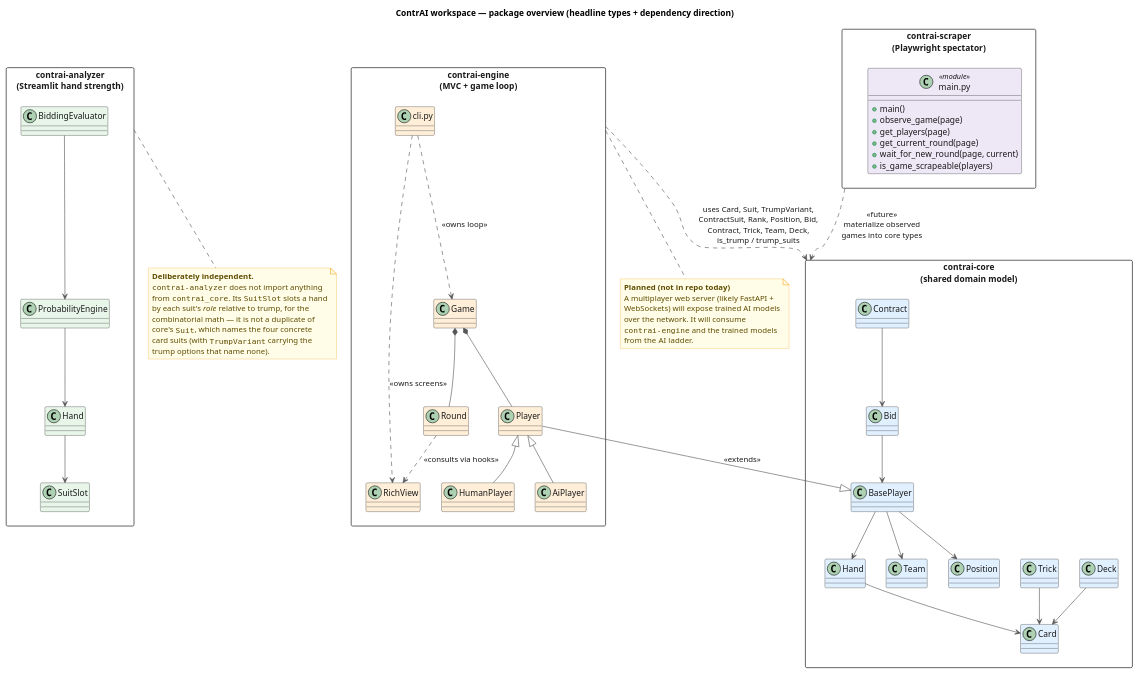
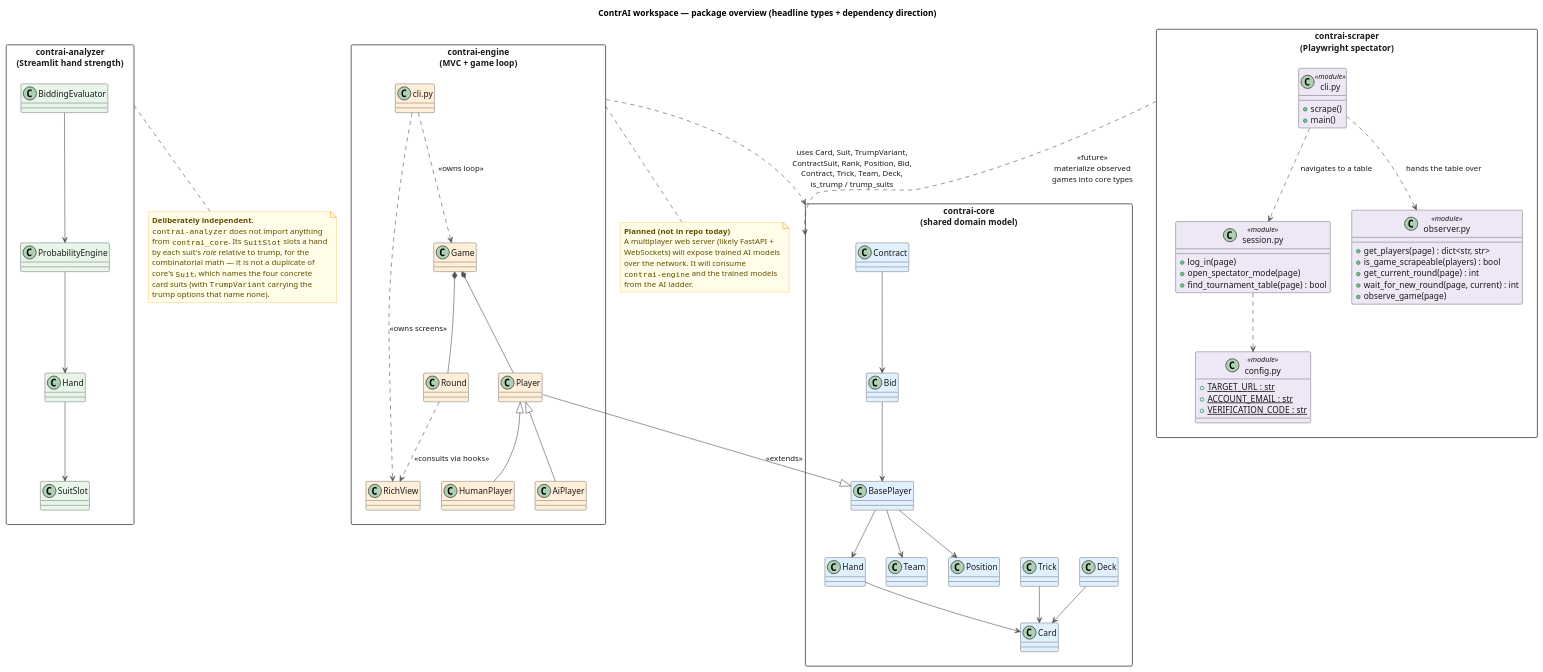
The diagram in docs/diagrams/class_workspace.puml (valmathieu/ContrAI), drawn with PlantUML before and after one commit. The commit also changed 14 other files, not shown here.

```diff
--- a/docs/diagrams/class_workspace.puml
+++ b/docs/diagrams/class_workspace.puml
@@ -1,131 +1,148 @@
 @startuml class_workspace
 title ContrAI workspace — package overview (headline types + dependency direction)
 
 ' --- All four palettes appear at once; styling is set per-class. ---
 skinparam shadowing false
 skinparam class {
     FontColor #1A1A1A
     AttributeFontColor #1A1A1A
     StereotypeFontColor #1A1A1A
 }
 skinparam packageStyle rectangle
 skinparam packageFontColor #1A1A1A
 skinparam packageBorderColor #555555
 skinparam note {
     BackgroundColor #FFFDE7
     BorderColor #F9A825
     FontColor #5F4B00
 }
 skinparam ArrowColor #555555
 skinparam ArrowFontColor #1A1A1A
 
 ' =========================================================
 ' contrai-core — blue
 ' =========================================================
 package "contrai-core\n(shared domain model)" as P_core {
     class "Card"       as C_card     #E1F0FF
     class "Hand"       as C_hand     #E1F0FF
     class "Deck"       as C_deck     #E1F0FF
     class "Trick"      as C_trick    #E1F0FF
     class "Bid"        as C_bid      #E1F0FF
     class "Contract"   as C_contract #E1F0FF
     class "BasePlayer" as C_player   #E1F0FF
     class "Team"       as C_team     #E1F0FF
     class "Position"   as C_position #E1F0FF
 
     C_hand --> C_card
     C_deck --> C_card
     C_player --> C_hand
     C_player --> C_team
     C_player --> C_position
     C_trick --> C_card
     C_contract --> C_bid
     C_bid --> C_player
 }
 
 ' =========================================================
 ' contrai-engine — orange
 ' =========================================================
 package "contrai-engine\n(MVC + game loop)" as P_engine {
     class "Player"      as E_player   #FFEFD9
     class "HumanPlayer" as E_human    #FFEFD9
     class "AiPlayer"    as E_ai       #FFEFD9
     class "Game"        as E_game     #FFEFD9
     class "Round"       as E_round    #FFEFD9
 
     class "RichView"       as E_view  #FFEFD9
     class "cli.py"         as E_cli   #FFEFD9
 
     E_player <|-- E_human
     E_player <|-- E_ai
     E_game *-- E_round
     E_game *-- E_player
     E_round ..> E_view : <<consults via hooks>>
     E_cli ..> E_game : <<owns loop>>
     E_cli ..> E_view : <<owns screens>>
 }
 
 ' =========================================================
 ' contrai-analyzer — green
 ' =========================================================
 package "contrai-analyzer\n(Streamlit hand strength)" as P_analyzer {
     class "SuitSlot"          as A_slot    #E8F5E9
     class "Hand"              as A_hand    #E8F5E9
     class "ProbabilityEngine" as A_engine  #E8F5E9
     class "BiddingEvaluator"  as A_bidding #E8F5E9
 
     A_engine --> A_hand
     A_bidding --> A_engine
     A_hand --> A_slot
 }
 
 ' =========================================================
 ' contrai-scraper — purple
 ' =========================================================
 package "contrai-scraper\n(Playwright spectator)" as P_scraper {
-    class "main.py" as S_main <<module>> #EDE7F6 {
+    class "cli.py" as S_cli <<module>> #EDE7F6 {
+        + scrape()
         + main()
+    }
+    class "session.py" as S_session <<module>> #EDE7F6 {
+        + log_in(page)
+        + open_spectator_mode(page)
+        + find_tournament_table(page) : bool
+    }
+    class "observer.py" as S_observer <<module>> #EDE7F6 {
+        + get_players(page) : dict<str, str>
+        + is_game_scrapeable(players) : bool
+        + get_current_round(page) : int
+        + wait_for_new_round(page, current) : int
         + observe_game(page)
-        + get_players(page)
-        + get_current_round(page)
-        + wait_for_new_round(page, current)
-        + is_game_scrapeable(players)
     }
+    class "config.py" as S_config <<module>> #EDE7F6 {
+        + {static} TARGET_URL : str
+        + {static} ACCOUNT_EMAIL : str
+        + {static} VERIFICATION_CODE : str
+    }
+
+    S_cli ..> S_session : navigates to a table
+    S_cli ..> S_observer : hands the table over
+    S_session ..> S_config
 }
 
 ' =========================================================
 ' Cross-package dependencies
 ' =========================================================
 
 ' Engine extends + uses core
 E_player --|> C_player : <<extends>>
 P_engine ..> P_core : uses Card, Suit, TrumpVariant,\nContractSuit, Rank, Position, Bid,\nContract, Trick, Team, Deck,\nis_trump / trump_suits
 
 ' Analyzer deliberately does NOT depend on core
 note as N_analyzer_indep
   **Deliberately independent.**
   ""contrai-analyzer"" does not import anything
   from ""contrai_core"". Its ""SuitSlot"" slots a hand
   by each suit's //role// relative to trump, for the
   combinatorial math — it is not a duplicate of
   core's ""Suit"", which names the four concrete
   card suits (with ""TrumpVariant"" carrying the
   trump options that name none).
 end note
 P_analyzer .. N_analyzer_indep
 
 ' Scraper: planned consumer of core (future)
 P_scraper ..> P_core : <<future>>\nmaterialize observed\ngames into core types
 
 ' Web server: planned future component (not in repo yet)
 note as N_future
   **Planned (not in repo today)**
   A multiplayer web server (likely FastAPI +
   WebSockets) will expose trained AI models
   over the network. It will consume
   ""contrai-engine"" and the trained models
   from the AI ladder.
 end note
 P_engine .. N_future
 
 @enduml
```
